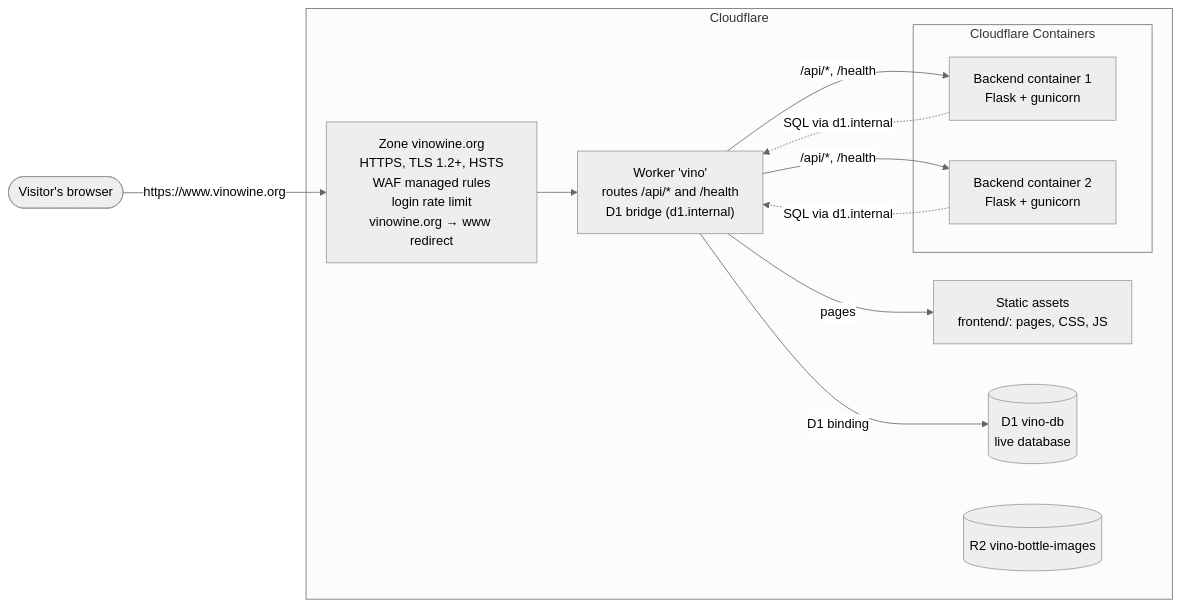
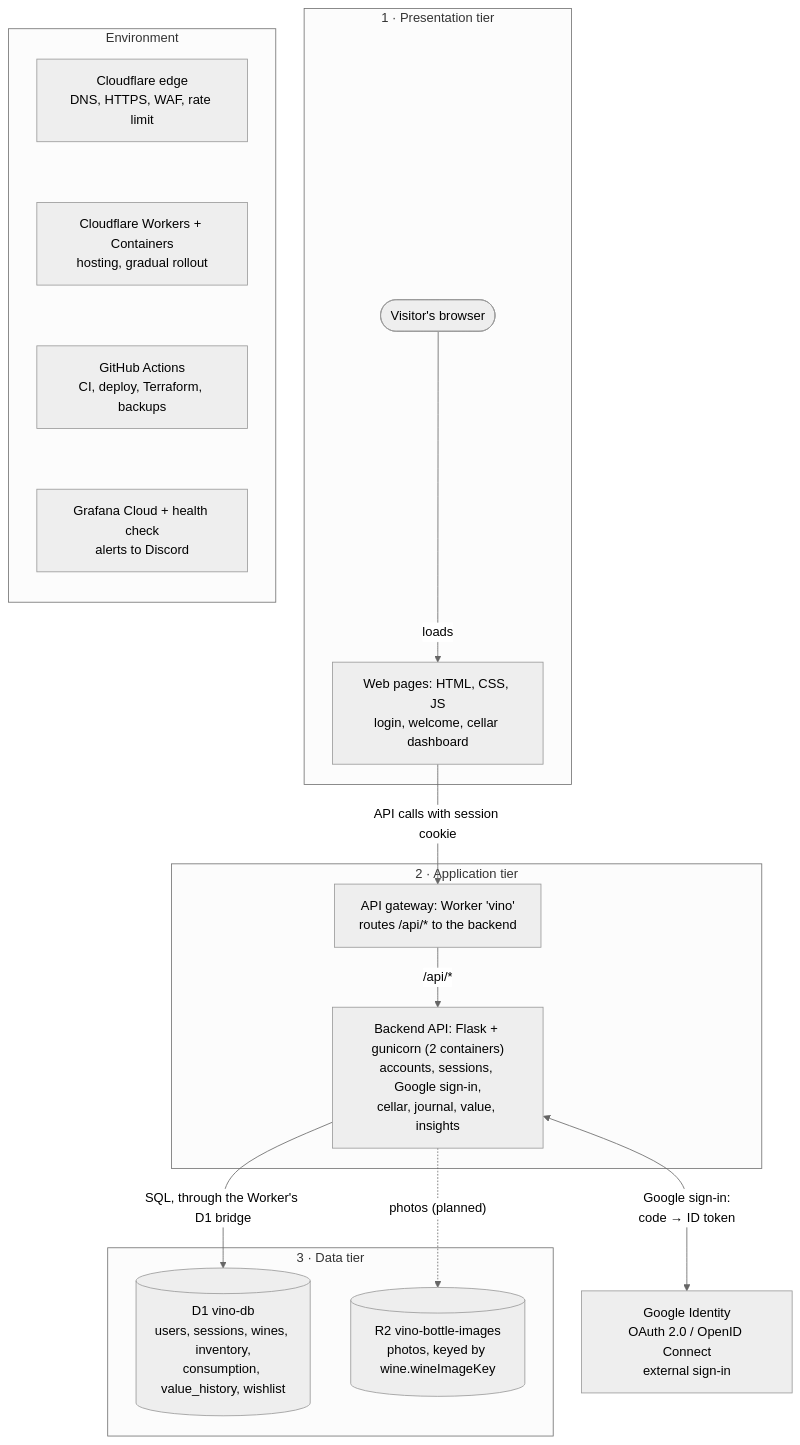
The first of 2 diagrams in docs/architecture.md (JohnRochester-git/vino-mangement-app), drawn with Mermaid (neutral theme) before and after one commit. The commit also changed other lines of this file and 22 other files, not shown here.

````diff
--- a/docs/architecture.md
+++ b/docs/architecture.md
@@ -7,24 +11,35 @@
 ```mermaid
-flowchart LR
-    user([Visitor's browser])
-
-    subgraph cf[Cloudflare]
-        edge["Zone vinowine.org<br/>HTTPS, TLS 1.2+, HSTS<br/>WAF managed rules<br/>login rate limit<br/>vinowine.org → www redirect"]
-        worker["Worker 'vino'<br/>routes /api/* and /health<br/>D1 bridge (d1.internal)"]
-        assets["Static assets<br/>frontend/: pages, CSS, JS"]
-        subgraph containers[Cloudflare Containers]
-            c1["Backend container 1<br/>Flask + gunicorn"]
-            c2["Backend container 2<br/>Flask + gunicorn"]
-        end
-        d1[("D1 vino-db<br/>live database")]
-        r2img[("R2 vino-bottle-images")]
+flowchart TB
+    subgraph pres["1 · Presentation tier"]
+        browser(["Visitor's browser"])
+        pages["Web pages: HTML, CSS, JS<br/>login, welcome, cellar dashboard"]
     end
 
-    user -->|https://www.vinowine.org| edge --> worker
-    worker -->|pages| assets
-    worker -->|/api/*, /health| c1
-    worker -->|/api/*, /health| c2
-    c1 -.->|SQL via d1.internal| worker
-    c2 -.->|SQL via d1.internal| worker
-    worker -->|D1 binding| d1
+    subgraph app["2 · Application tier"]
+        gateway["API gateway: Worker 'vino'<br/>routes /api/* to the backend"]
+        api["Backend API: Flask + gunicorn (2 containers)<br/>accounts, sessions, Google sign-in,<br/>cellar, journal, value, insights"]
+    end
+
+    subgraph data["3 · Data tier"]
+        d1[("D1 vino-db<br/>users, sessions, wines, inventory,<br/>consumption, value_history, wishlist")]
+        r2[("R2 vino-bottle-images<br/>photos, keyed by wine.wineImageKey")]
+    end
+
+    google["Google Identity<br/>OAuth 2.0 / OpenID Connect<br/>external sign-in"]
+
+    subgraph env["Environment"]
+        direction TB
+        edge["Cloudflare edge<br/>DNS, HTTPS, WAF, rate limit"]
+        hosting["Cloudflare Workers + Containers<br/>hosting, gradual rollout"]
+        cicd["GitHub Actions<br/>CI, deploy, Terraform, backups"]
+        monitor["Grafana Cloud + health check<br/>alerts to Discord"]
+        edge ~~~ hosting ~~~ cicd ~~~ monitor
+    end
+
+    browser -->|loads| pages
+    pages -->|"API calls with session cookie"| gateway
+    gateway -->|"/api/*"| api
+    api -->|"SQL, through the Worker's D1 bridge"| d1
+    api -.->|"photos (planned)"| r2
+    api <-->|"Google sign-in:<br/>code → ID token"| google
 ```
````
